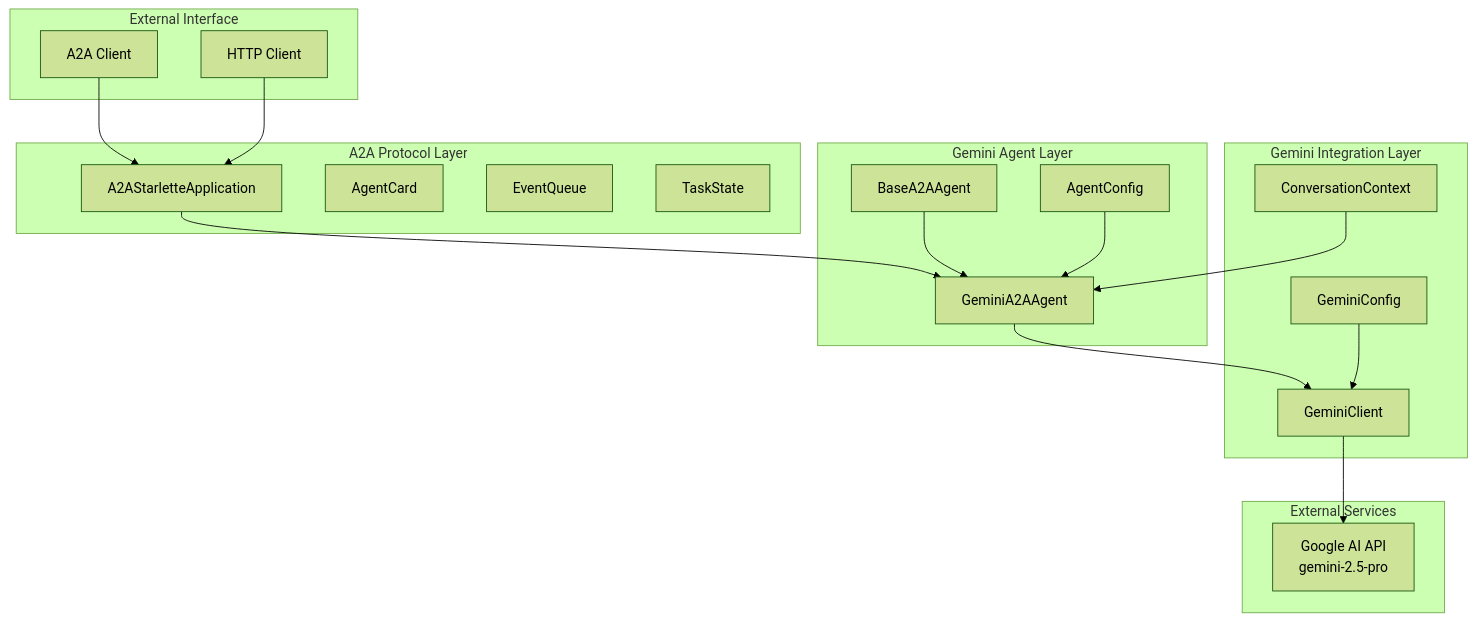
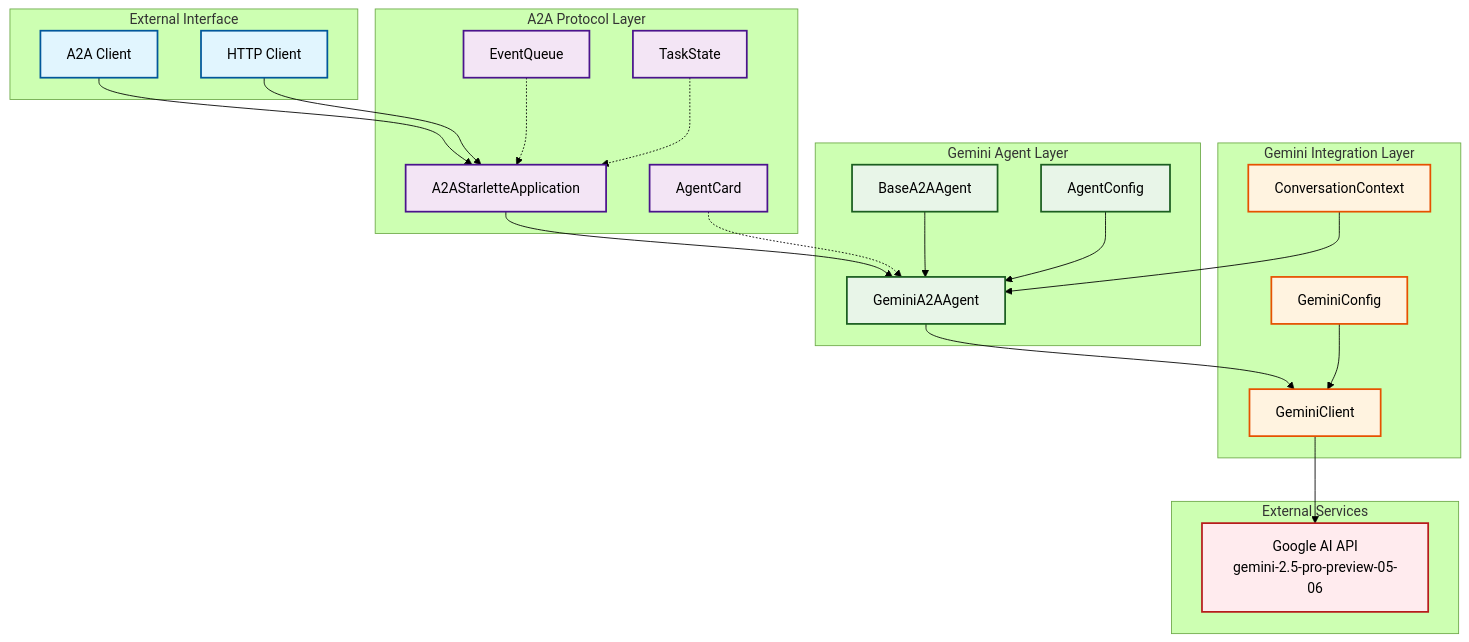
One commit to tkosht/cursor_dev changed the first of 3 diagrams in docs/02.basic_design/gemini_a2a_basic_design.md. Above: the diagram before and after it, drawn with Mermaid (forest theme). The commit also changed other lines of this file, not shown here.

Commit message:
fix: correct mermaid syntax errors in Gemini A2A basic design document

````diff
--- a/docs/02.basic_design/gemini_a2a_basic_design.md
+++ b/docs/02.basic_design/gemini_a2a_basic_design.md
@@ -7,40 +7,65 @@
 ```mermaid
 graph TB
     subgraph "External Interface"
         A2A_Client[A2A Client]
         HTTP_Client[HTTP Client]
     end
     
     subgraph "A2A Protocol Layer"
         A2A_App[A2AStarletteApplication]
         Agent_Card[AgentCard]
         Event_Queue[EventQueue]
         Task_State[TaskState]
     end
     
     subgraph "Gemini Agent Layer"
         Gemini_Agent[GeminiA2AAgent]
         Base_Agent[BaseA2AAgent]
         Agent_Config[AgentConfig]
     end
     
     subgraph "Gemini Integration Layer"
         Gemini_Client[GeminiClient]
         Gemini_Config[GeminiConfig]
         Conv_Context[ConversationContext]
     end
     
     subgraph "External Services"
-        Google_AI[Google AI API<br/>gemini-2.5-pro]
+        Google_AI["Google AI API<br/>gemini-2.5-pro-preview-05-06"]
     end
     
+    %% Client to A2A Protocol Layer
     A2A_Client --> A2A_App
     HTTP_Client --> A2A_App
+    
+    %% A2A Protocol to Agent Layer  
     A2A_App --> Gemini_Agent
+    Agent_Card -.-> Gemini_Agent
+    Event_Queue -.-> A2A_App
+    Task_State -.-> A2A_App
+    
+    %% Agent Layer relationships
     Base_Agent --> Gemini_Agent
+    Agent_Config --> Gemini_Agent
+    
+    %% Gemini Integration
     Gemini_Agent --> Gemini_Client
-    Gemini_Client --> Google_AI
-    Agent_Config --> Gemini_Agent
     Gemini_Config --> Gemini_Client
     Conv_Context --> Gemini_Agent
+    
+    %% External API
+    Gemini_Client --> Google_AI
+    
+    %% Styling
+    classDef clientLayer fill:#e1f5fe,stroke:#01579b,stroke-width:2px
+    classDef protocolLayer fill:#f3e5f5,stroke:#4a148c,stroke-width:2px
+    classDef agentLayer fill:#e8f5e8,stroke:#1b5e20,stroke-width:2px
+    classDef integrationLayer fill:#fff3e0,stroke:#e65100,stroke-width:2px
+    classDef externalLayer fill:#ffebee,stroke:#b71c1c,stroke-width:2px
+    
+    class A2A_Client,HTTP_Client clientLayer
+    class A2A_App,Agent_Card,Event_Queue,Task_State protocolLayer
+    class Gemini_Agent,Base_Agent,Agent_Config agentLayer
+    class Gemini_Client,Gemini_Config,Conv_Context integrationLayer
+    class Google_AI externalLayer
 ```
````
